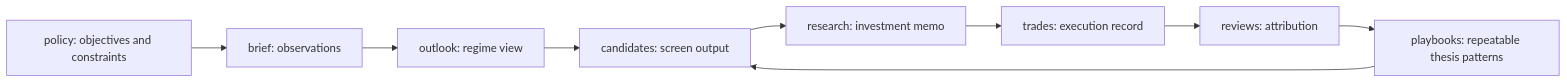
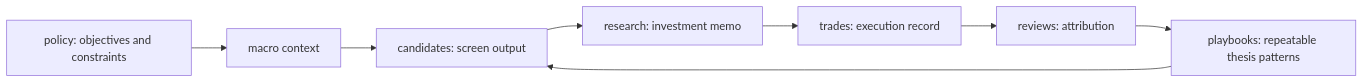
One commit to koumatsumoto/baibai-loop changed the diagram in docs/concepts.md. Above: the diagram before and after it, drawn with Mermaid. The commit also changed other lines of this file and 156 other files, not shown here.

First line of the commit message:
feat(macro): replace brief outlook with macro context

````diff
--- a/docs/concepts.md
+++ b/docs/concepts.md
@@ -21,11 +21,10 @@
 ```mermaid
 flowchart LR
-  policy["policy: objectives and constraints"] --> brief["brief: observations"]
-  brief --> outlook["outlook: regime view"]
-  outlook --> candidates["candidates: screen output"]
+  policy["policy: objectives and constraints"] --> macro["macro context"]
+  macro --> candidates["candidates: screen output"]
   candidates --> research["research: investment memo"]
   research --> trades["trades: execution record"]
   trades --> reviews["reviews: attribution"]
   reviews --> playbooks["playbooks: repeatable thesis patterns"]
   playbooks --> candidates
 ```
````
